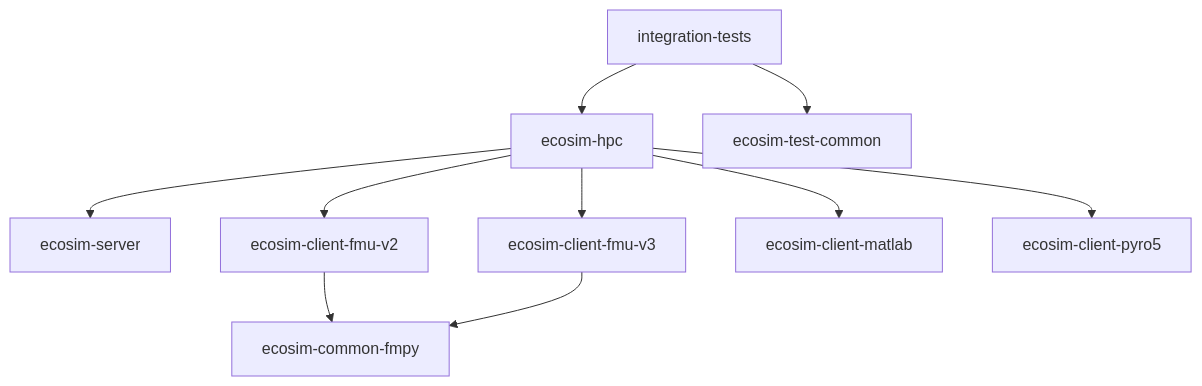
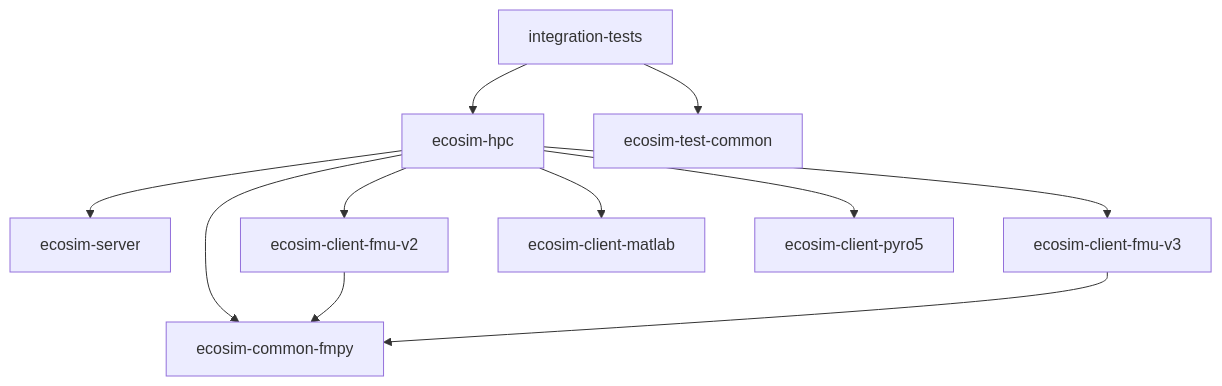
One commit to KIT-IAI-ESA/eCoSim changed the diagram in docs/content/development/architecture.md. Above: the diagram before and after it, drawn with Mermaid. The commit also changed other lines of this file and 28 other files, not shown here.

````diff
--- a/docs/content/development/architecture.md
+++ b/docs/content/development/architecture.md
@@ -26,12 +26,13 @@
 ```mermaid
 flowchart TD
   tests[integration-tests] --> hpc[ecosim-hpc]
   tests --> testcommon[ecosim-test-common]
   hpc --> server[ecosim-server]
   hpc --> fmu2[ecosim-client-fmu-v2]
   hpc --> fmu3[ecosim-client-fmu-v3]
   hpc --> matlab[ecosim-client-matlab]
   hpc --> pyro[ecosim-client-pyro5]
-  fmu2 --> fmpy[ecosim-common-fmpy]
+  hpc --> fmpy[ecosim-common-fmpy]
+  fmu2 --> fmpy
   fmu3 --> fmpy
 ```
````
